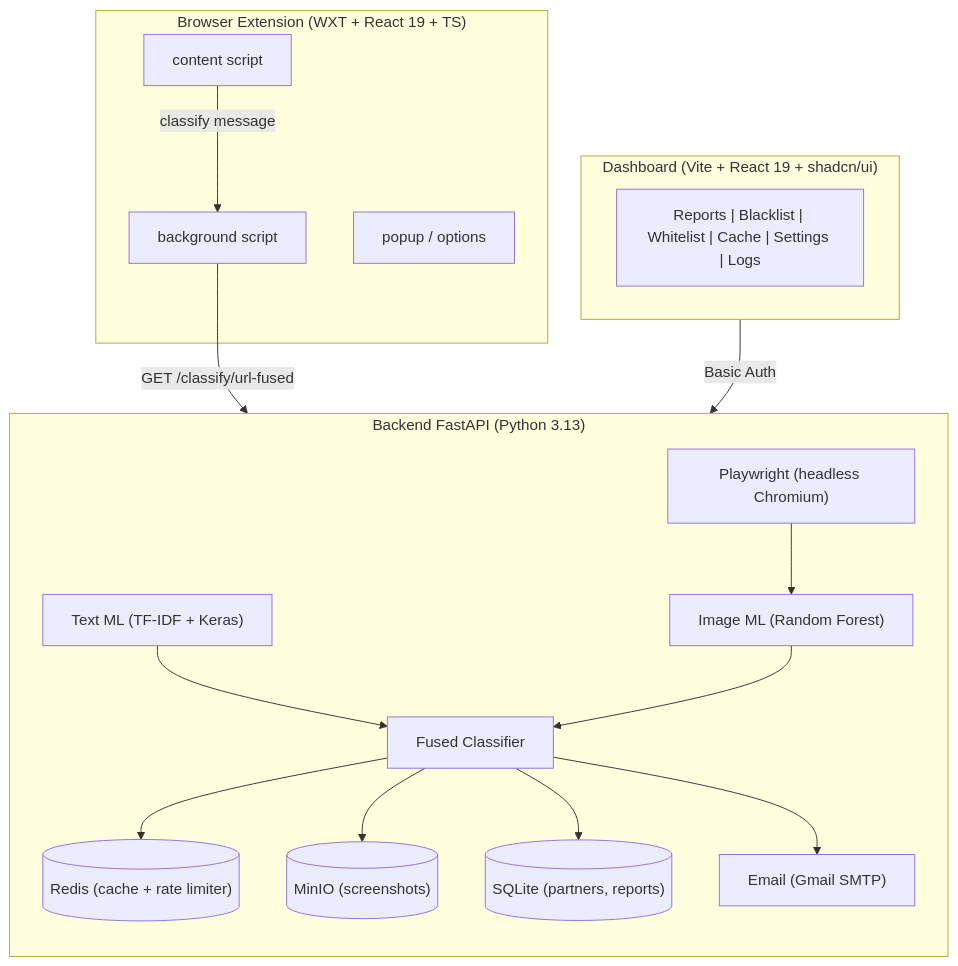
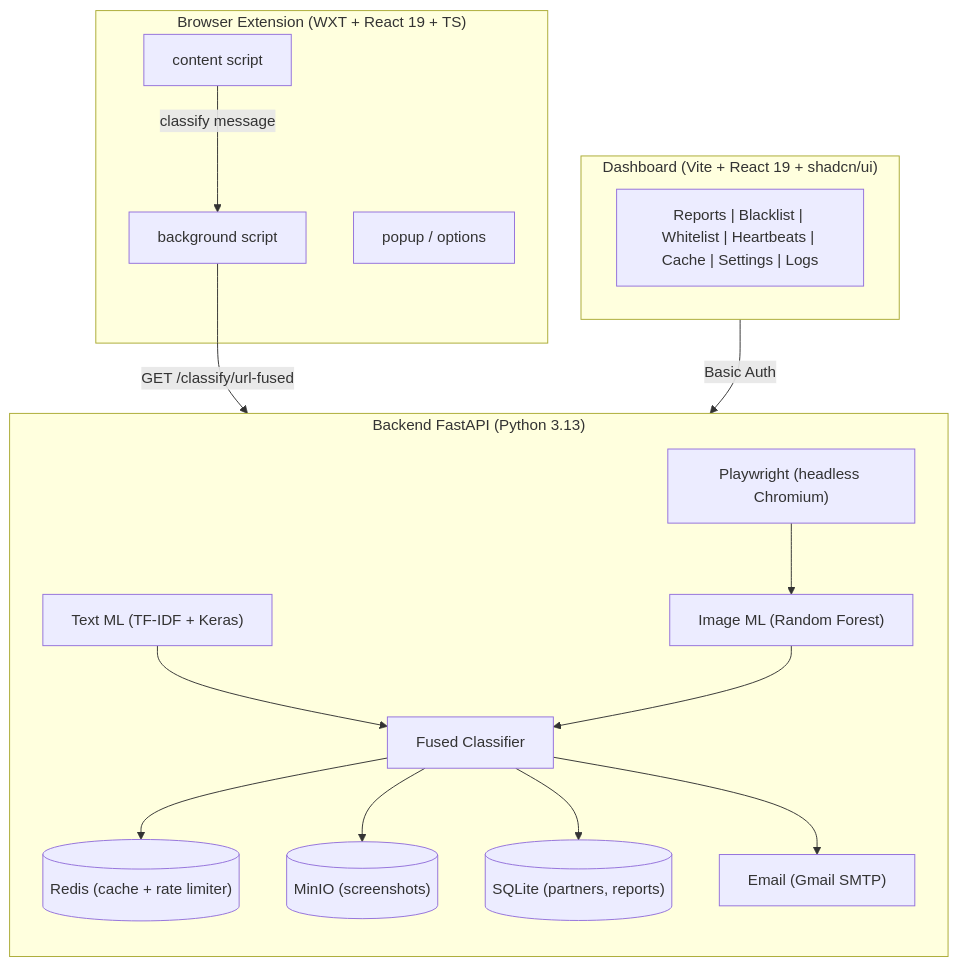
One commit to rizkyfauziilmi/gambling-blocker changed the diagram in README.en.md. Above: the diagram before and after it, drawn with Mermaid. The commit also changed 11 other files, not shown here.

````diff
--- a/README.en.md
+++ b/README.en.md
@@ -7,33 +7,33 @@
 ```mermaid
 flowchart TB
     subgraph Ext["Browser Extension (WXT + React 19 + TS)"]
         BG["background script"]
         CS["content script"]
         PP["popup / options"]
     end
     subgraph API["Backend FastAPI (Python 3.13)"]
         direction TB
         FC["Fused Classifier"]
         TXT["Text ML (TF-IDF + Keras)"]
         IMG["Image ML (Random Forest)"]
         RD[("Redis (cache + rate limiter)")]
         MQ[("MinIO (screenshots)")]
         PW["Playwright (headless Chromium)"]
         SQ[("SQLite (partners, reports)")]
         EM["Email (Gmail SMTP)"]
         TXT --> FC
         IMG --> FC
         PW --> IMG
     end
     subgraph DASH["Dashboard (Vite + React 19 + shadcn/ui)"]
-        TABS["Reports | Blacklist | Whitelist | Cache | Settings | Logs"]
+        TABS["Reports | Blacklist | Whitelist | Heartbeats | Cache | Settings | Logs"]
     end
 
     CS -->|"classify message"| BG
     BG -->|"GET /classify/url-fused"| FC
     DASH -->|"Basic Auth"| API
     FC --> RD
     FC --> MQ
     FC --> SQ
     FC --> EM
 ```
````
